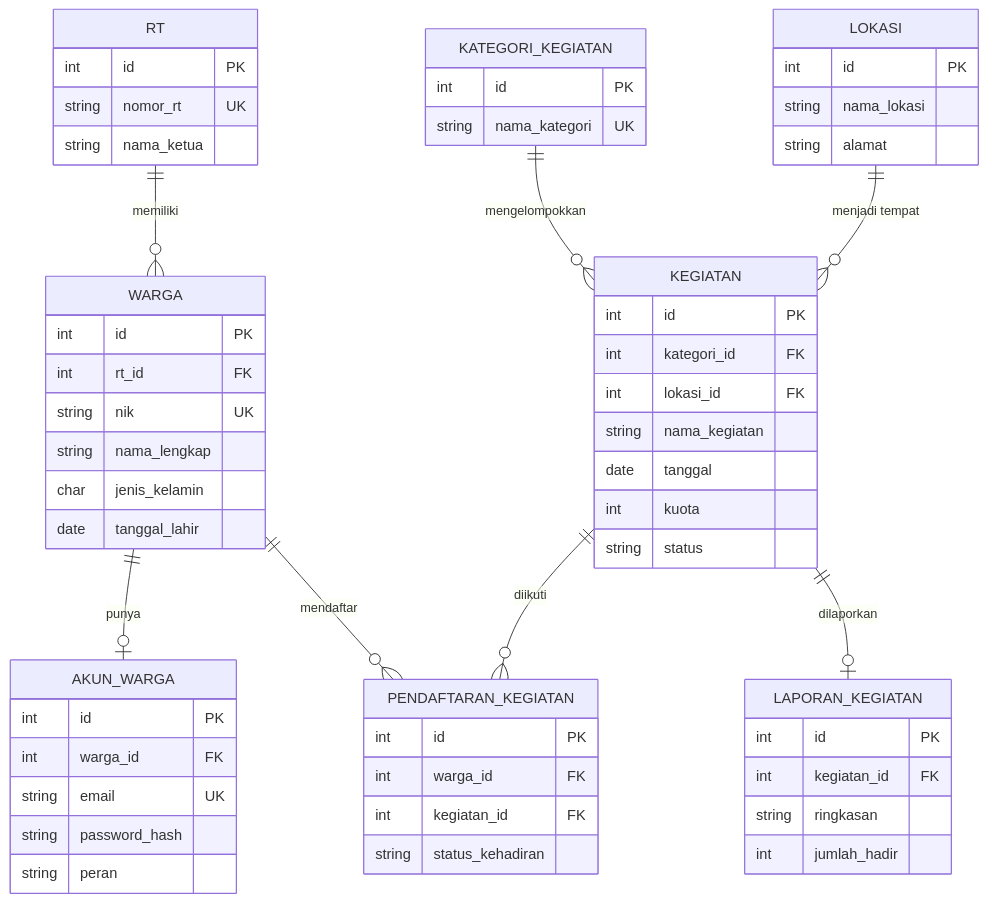
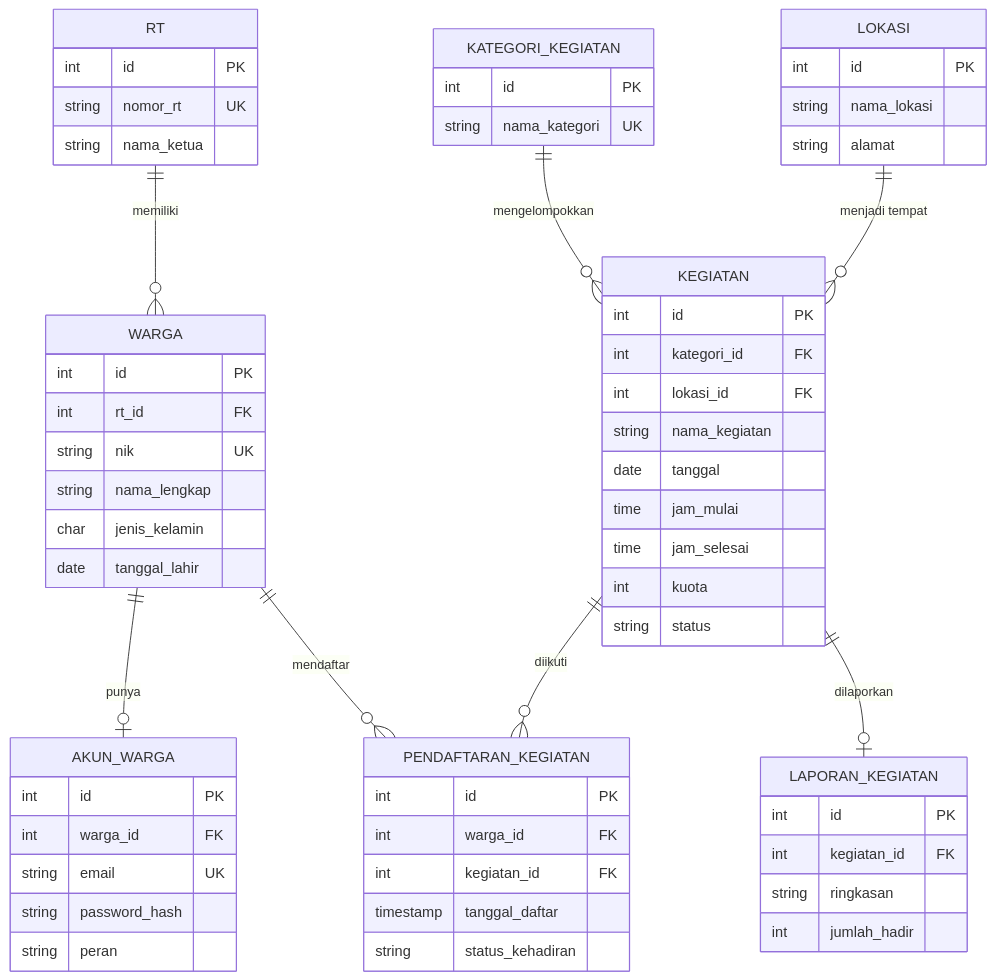
The first of 2 diagrams in README.md (Ghifariezra/kegiatan-desa-rest-api), drawn with Mermaid before and after one commit. The commit also changed other lines of this file and 5 other files, not shown here.

````diff
--- a/README.md
+++ b/README.md
@@ -100,61 +104,64 @@
 ```mermaid
 erDiagram
     RT ||--o{ WARGA : "memiliki"
     WARGA ||--o| AKUN_WARGA : "punya"
     WARGA ||--o{ PENDAFTARAN_KEGIATAN : "mendaftar"
     KEGIATAN ||--o{ PENDAFTARAN_KEGIATAN : "diikuti"
     KATEGORI_KEGIATAN ||--o{ KEGIATAN : "mengelompokkan"
     LOKASI ||--o{ KEGIATAN : "menjadi tempat"
     KEGIATAN ||--o| LAPORAN_KEGIATAN : "dilaporkan"
 
     RT {
         int id PK
         string nomor_rt UK
         string nama_ketua
     }
     WARGA {
         int id PK
         int rt_id FK
         string nik UK
         string nama_lengkap
         char jenis_kelamin
         date tanggal_lahir
     }
     AKUN_WARGA {
         int id PK
         int warga_id FK
         string email UK
         string password_hash
         string peran
     }
     KATEGORI_KEGIATAN {
         int id PK
         string nama_kategori UK
     }
     LOKASI {
         int id PK
         string nama_lokasi
         string alamat
     }
     KEGIATAN {
         int id PK
         int kategori_id FK
         int lokasi_id FK
         string nama_kegiatan
         date tanggal
+        time jam_mulai
+        time jam_selesai
         int kuota
         string status
     }
     PENDAFTARAN_KEGIATAN {
         int id PK
         int warga_id FK
         int kegiatan_id FK
+        timestamp tanggal_daftar
         string status_kehadiran
     }
     LAPORAN_KEGIATAN {
         int id PK
         int kegiatan_id FK
         string ringkasan
         int jumlah_hadir
     }
 ```
````
